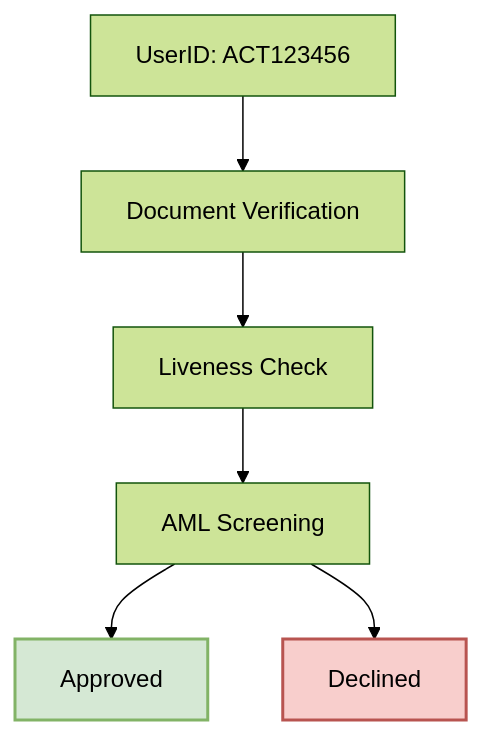
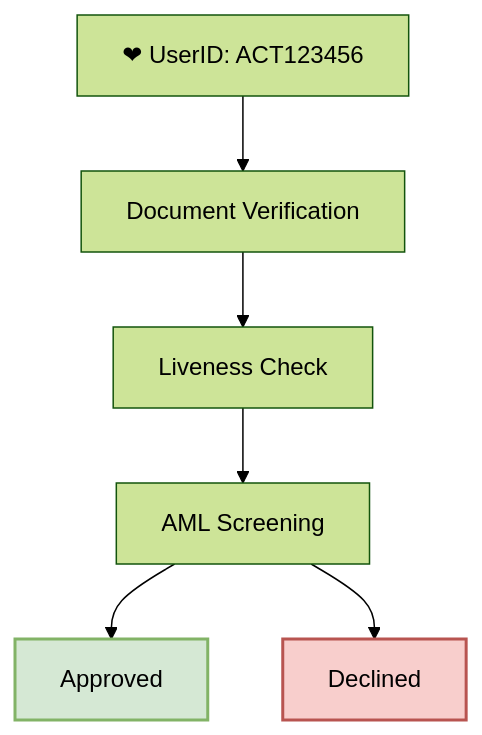
Before and after one commit to Fantastic-Devs/Mintlify: the diagram in id/id.mdx, drawn with Mermaid (forest theme).

````diff
--- a/id/id.mdx
+++ b/id/id.mdx
@@ -17,18 +17,18 @@
 ```mermaid
 
 graph TB;
-    A["<Icon icon='football' />  UserID: ACT123456"];
+    A["❤  UserID: ACT123456"];
     B["Document Verification"];
     C["Liveness Check"];
     D["AML Screening"];
     E["Approved"];
     F["Declined"];
     A--> B;
     B--> C;
     C--> D;
     D--> E & F;
 
 style E fill:#d5e8d4,stroke:#82b366,stroke-width:2px
 style F fill:#f8cecc,stroke:#b85450,stroke-width:2px
 
 ```
````
